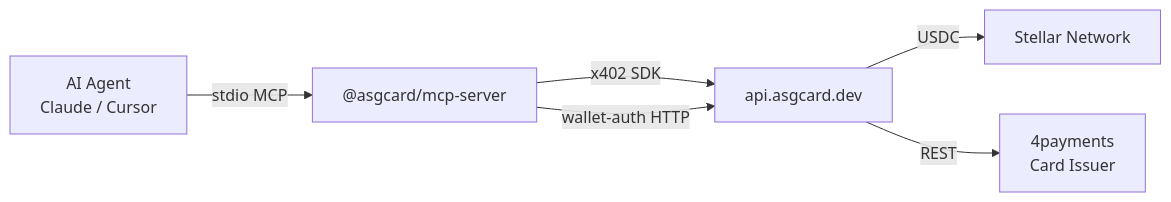
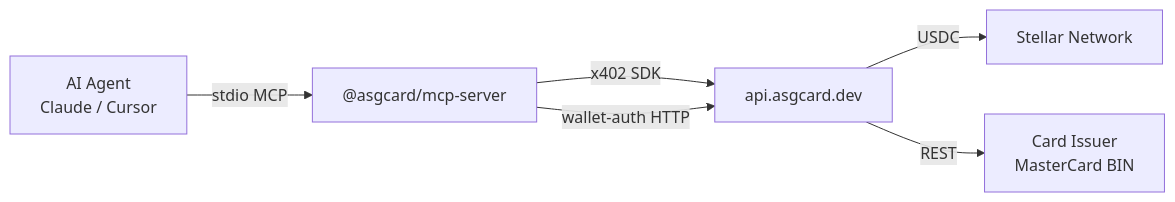
One commit to ASGCompute/asgcard-public changed the diagram in docs/MCP_SERVER.md. Above: the diagram before and after it, drawn with Mermaid. The commit also changed other lines of this file and 4 other files, not shown here.

````diff
--- a/docs/MCP_SERVER.md
+++ b/docs/MCP_SERVER.md
@@ -12,8 +12,8 @@
 ```mermaid
 graph LR
     AI[AI Agent<br>Claude / Cursor] -->|stdio MCP| MCP["@asgcard/mcp-server"]
     MCP -->|x402 SDK| API[api.asgcard.dev]
     MCP -->|wallet-auth HTTP| API
     API -->|USDC| Stellar[Stellar Network]
-    API -->|REST| FP[4payments<br>Card Issuer]
+    API -->|REST| FP[Card Issuer<br>MasterCard BIN]
 ```
````
